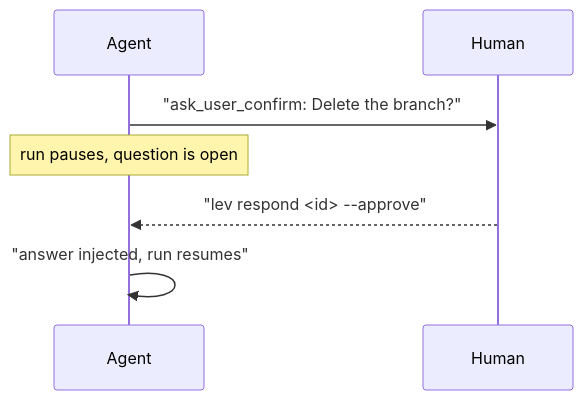
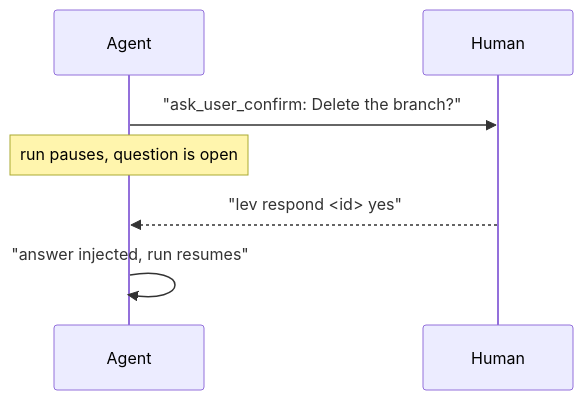
One commit to GEMISIS/leviath changed the diagram in docs/content/interaction.md. Above: the diagram before and after it, drawn with Mermaid. The commit also changed other lines of this file and 849 other files, not shown here.

````diff
--- a/docs/content/interaction.md
+++ b/docs/content/interaction.md
@@ -27,9 +27,9 @@
 ```mermaid
 sequenceDiagram
   participant A as Agent
   participant H as Human
   A->>H: "ask_user_confirm: Delete the branch?"
   Note over A: run pauses, question is open
-  H-->>A: "lev respond <id> --approve"
+  H-->>A: "lev respond <id> yes"
   A->>A: "answer injected, run resumes"
 ```
````
